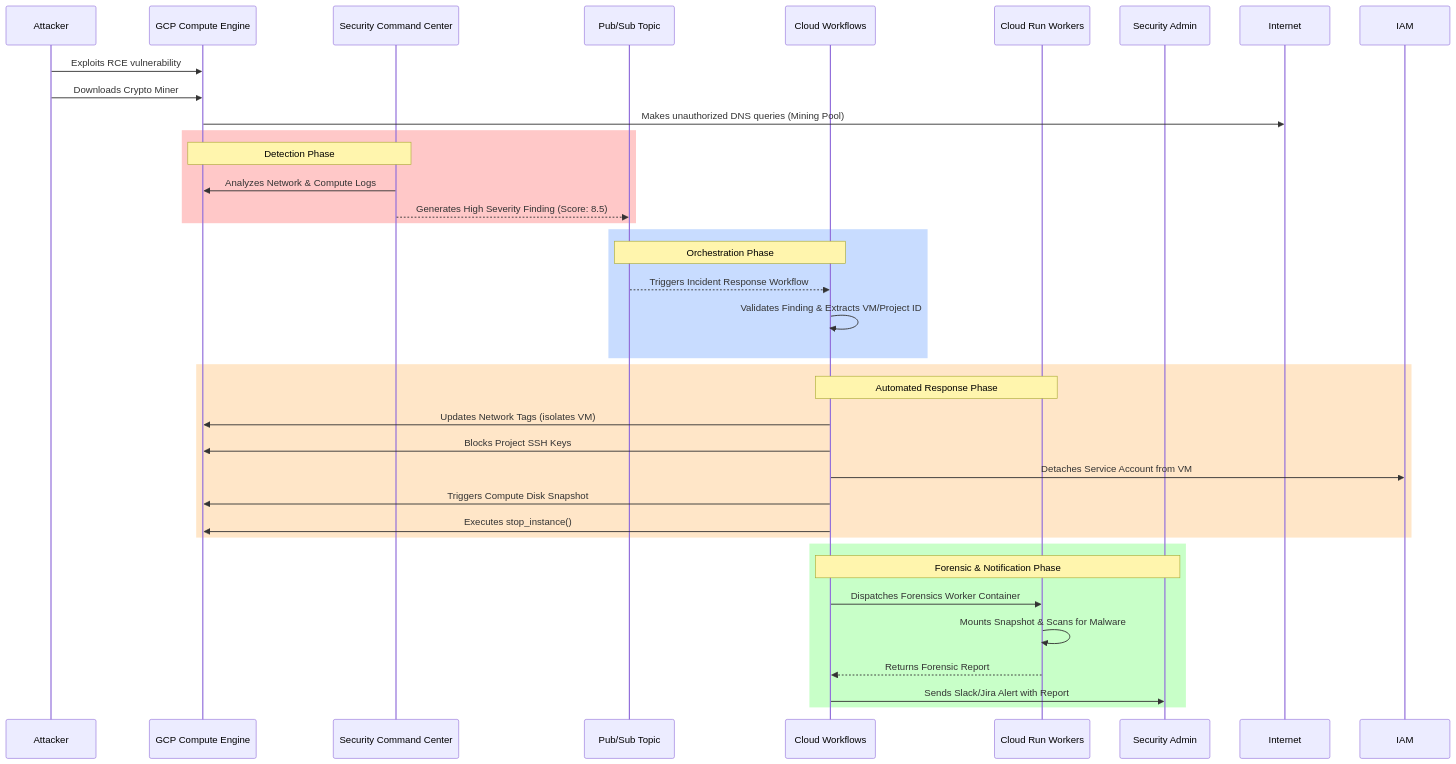
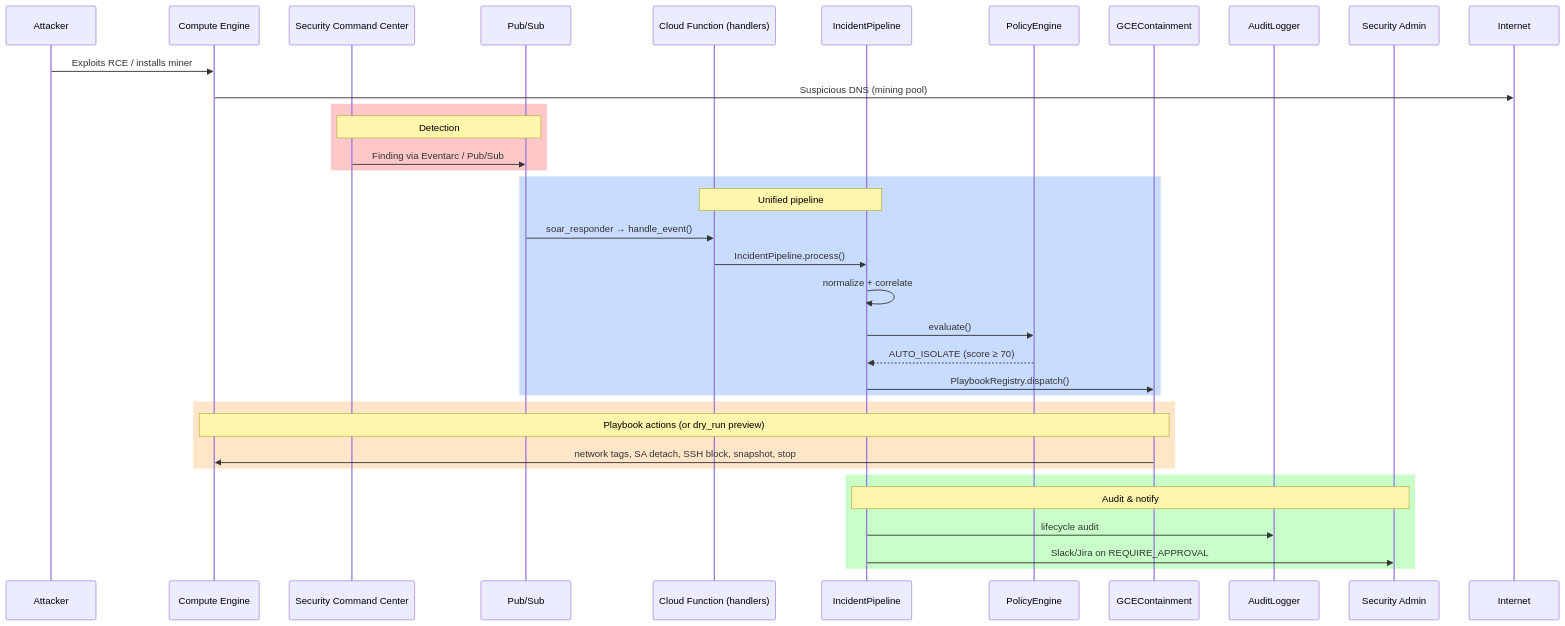
Before and after one commit to thtcsec/GCP-Serverless-SOAR: the second of 3 diagrams in README.md, drawn with Mermaid. The commit also changed other lines of this file and 2 other files, not shown here.

First line of the commit message:
Align README and architecture docs with unified IncidentPipeline.

````diff
--- a/README.md
+++ b/README.md
@@ -58,43 +60,42 @@
 ```mermaid
 sequenceDiagram
     participant Attacker
-    participant GCE as GCP Compute Engine
+    participant GCE as Compute Engine
     participant SCC as Security Command Center
-    participant PS as Pub/Sub Topic
-    participant CW as Cloud Workflows
-    participant CR as Cloud Run Workers
+    participant PS as Pub/Sub
+    participant CF as Cloud Function (handlers)
+    participant P as IncidentPipeline
+    participant PE as PolicyEngine
+    participant PB as GCEContainment
+    participant A as AuditLogger
     participant Sec as Security Admin
 
-    Attacker->>GCE: Exploits RCE vulnerability
-    Attacker->>GCE: Downloads Crypto Miner
-    GCE->>Internet: Makes unauthorized DNS queries (Mining Pool)
-    
+    Attacker->>GCE: Exploits RCE / installs miner
+    GCE->>Internet: Suspicious DNS (mining pool)
+
     rect rgb(255, 200, 200)
-        Note over SCC,GCE: Detection Phase
-        SCC->>GCE: Analyzes Network & Compute Logs
-        SCC-->>PS: Generates High Severity Finding (Score: 8.5)
+        Note over SCC,PS: Detection
+        SCC->>PS: Finding via Eventarc / Pub/Sub
     end
-    
+
     rect rgb(200, 220, 255)
-        Note over PS,CW: Orchestration Phase
-        PS-->>CW: Triggers Incident Response Workflow
-        CW->>CW: Validates Finding & Extracts VM/Project ID
+        Note over CF,P: Unified pipeline
+        PS->>CF: soar_responder → handle_event()
+        CF->>P: IncidentPipeline.process()
+        P->>P: normalize + correlate
+        P->>PE: evaluate()
+        PE-->>P: AUTO_ISOLATE (score ≥ 70)
+        P->>PB: PlaybookRegistry.dispatch()
     end
-    
+
     rect rgb(255, 230, 200)
-        Note over CW,CR: Automated Response Phase
-        CW->>GCE: Updates Network Tags (isolates VM)
-        CW->>GCE: Blocks Project SSH Keys
-        CW->>IAM: Detaches Service Account from VM
-        CW->>GCE: Triggers Compute Disk Snapshot
-        CW->>GCE: Executes stop_instance()
+        Note over PB,GCE: Playbook actions (or dry_run preview)
+        PB->>GCE: network tags, SA detach, SSH block, snapshot, stop
     end
-    
+
     rect rgb(200, 255, 200)
-        Note over CW,Sec: Forensic & Notification Phase
-        CW->>CR: Dispatches Forensics Worker Container
-        CR->>CR: Mounts Snapshot & Scans for Malware
-        CR-->>CW: Returns Forensic Report
-        CW->>Sec: Sends Slack/Jira Alert with Report
+        Note over P,Sec: Audit & notify
+        P->>A: lifecycle audit
+        P->>Sec: Slack/Jira on REQUIRE_APPROVAL
     end
 ```
````
